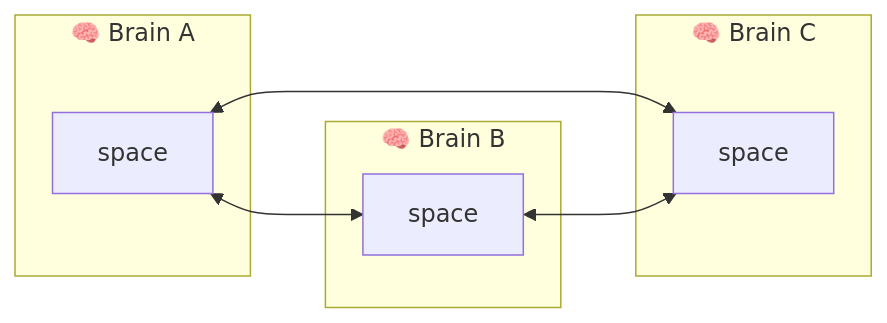
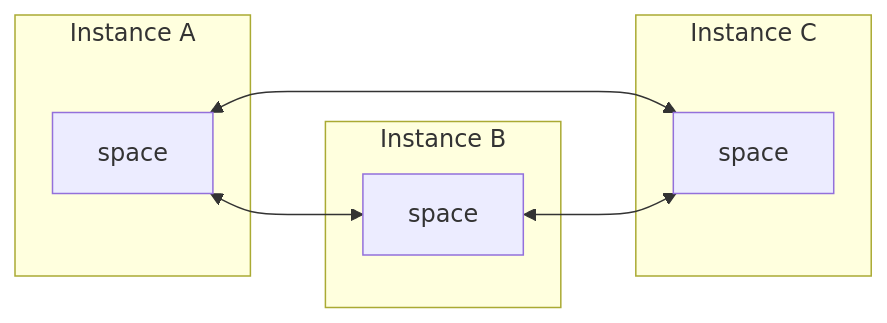
Before and after one commit to ythril-network/Ythril: the diagram in README.md, drawn with Mermaid. The commit also changed other lines of this file and 3 other files, not shown here.

````diff
--- a/README.md
+++ b/README.md
@@ -166,15 +150,15 @@
 ```mermaid
 flowchart LR
-  subgraph BA["🧠 Brain A"]
+  subgraph BA["Instance A"]
     SA[space]
   end
-  subgraph BB["🧠 Brain B"]
+  subgraph BB["Instance B"]
     SB[space]
   end
-  subgraph BC["🧠 Brain C"]
+  subgraph BC["Instance C"]
     SC[space]
   end
   SA <--> SB
   SA <--> SC
   SB <--> SC
 ```
````
